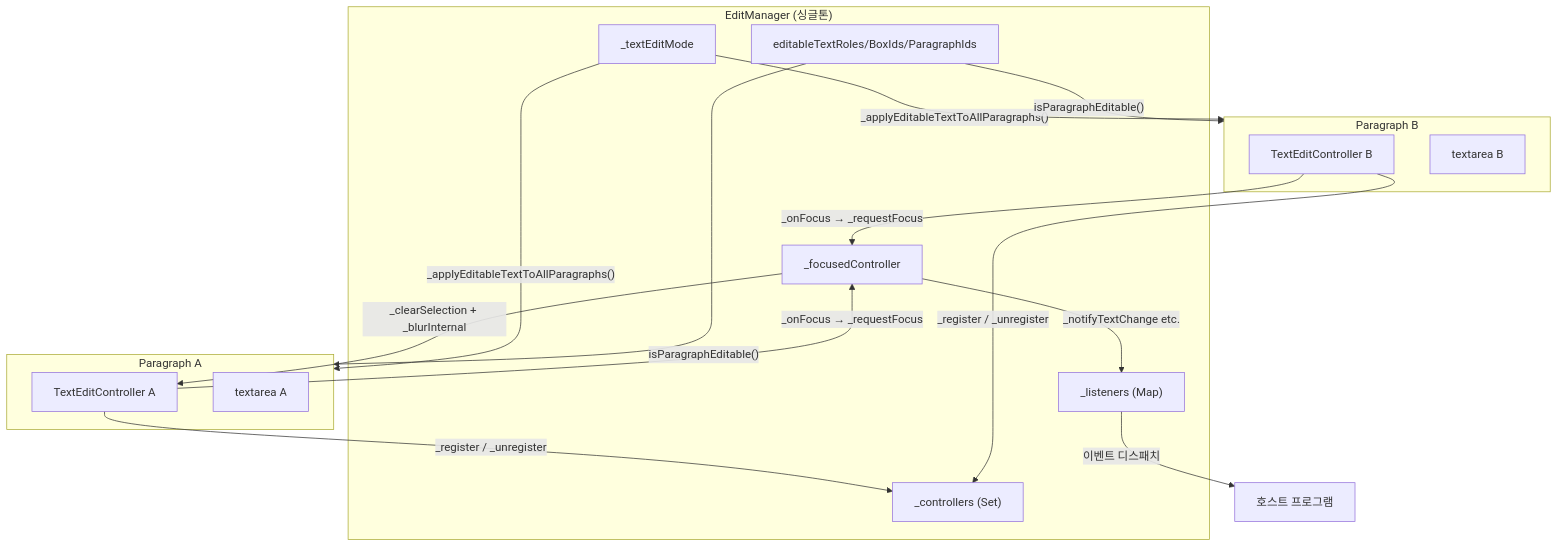
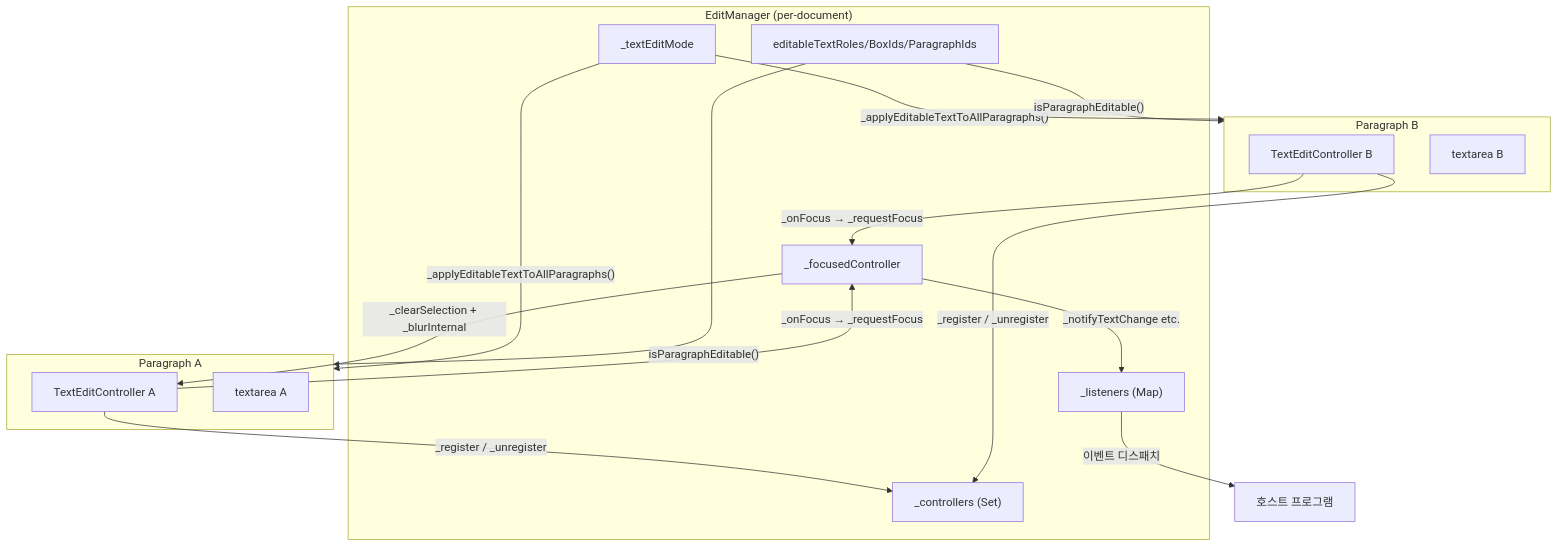
One commit to kyiimn/layout-element changed the fifth of 14 diagrams in docs/EDITING_TEXT.md. Above: the diagram before and after it, drawn with Mermaid. The commit also changed other lines of this file and 6 other files, not shown here.

````diff
--- a/docs/EDITING_TEXT.md
+++ b/docs/EDITING_TEXT.md
@@ -830,35 +830,35 @@
 ```mermaid
 flowchart TD
-    subgraph EM["EditManager (싱글톤)"]
+    subgraph EM["EditManager (per-document)"]
         FC["_focusedController"]
         CS["_controllers (Set)"]
         LST["_listeners (Map)"]
         TEM["_textEditMode"]
         FIL["editableTextRoles/BoxIds/ParagraphIds"]
     end
 
     subgraph P1["Paragraph A"]
         EC1["TextEditController A"]
         TA1["textarea A"]
     end
 
     subgraph P2["Paragraph B"]
         EC2["TextEditController B"]
         TA2["textarea B"]
     end
 
     TEM -->|"_applyEditableTextToAllParagraphs()"| P1
     TEM -->|"_applyEditableTextToAllParagraphs()"| P2
     FIL -->|"isParagraphEditable()"| P1
     FIL -->|"isParagraphEditable()"| P2
 
     EC1 -->|"_register / _unregister"| CS
     EC2 -->|"_register / _unregister"| CS
 
     EC1 -->|"_onFocus → _requestFocus"| FC
     EC2 -->|"_onFocus → _requestFocus"| FC
 
     FC -->|"_clearSelection + _blurInternal"| EC1
     FC -->|"_notifyTextChange etc."| LST
     LST -->|이벤트 디스패치| HOST["호스트 프로그램"]
 ```
````
